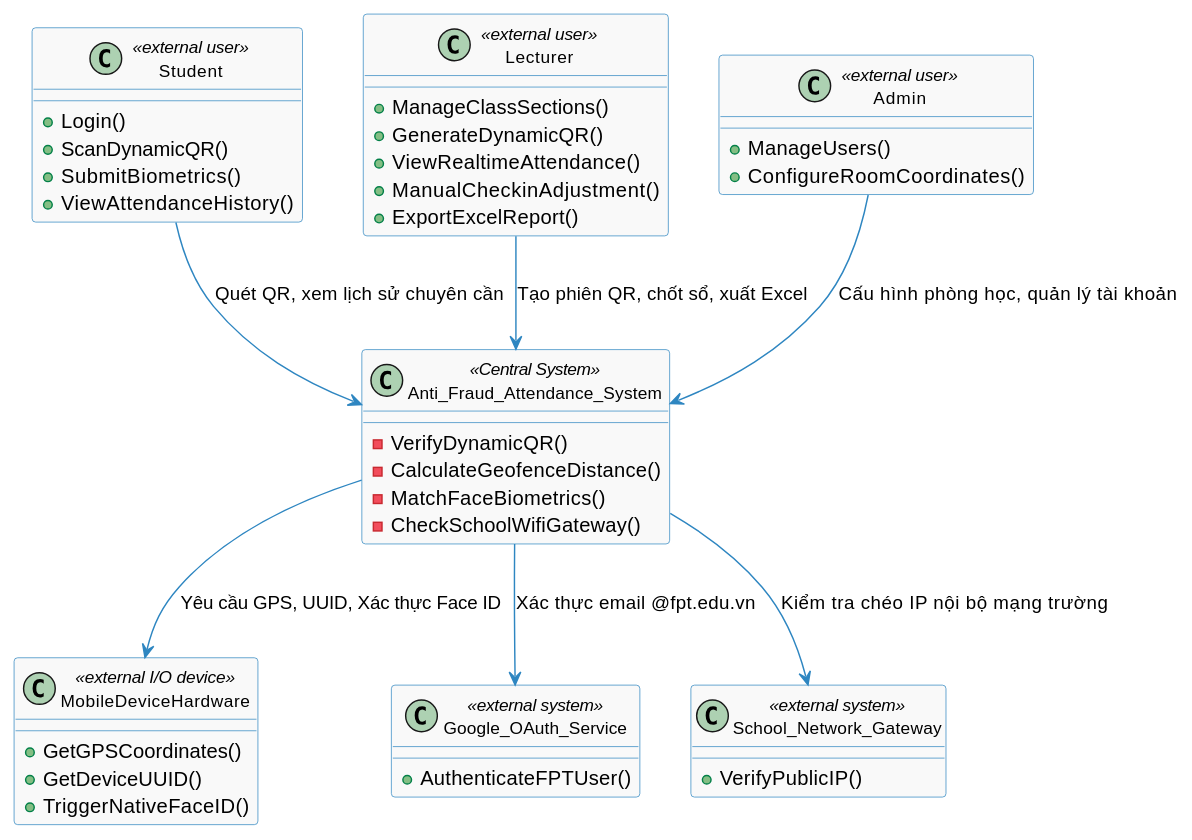
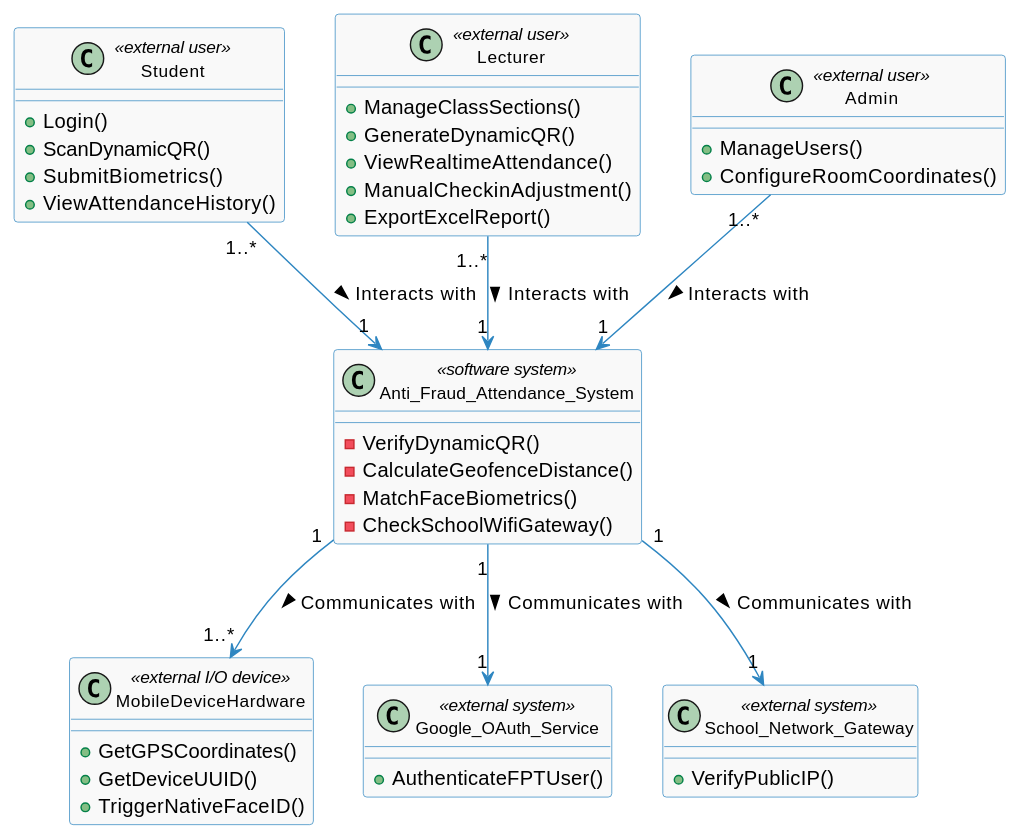
The first of 5 diagrams in MainDocs/AFAS_RDS_Document_Part1A_Requirement_Specification.md (nttung42/SWD392), drawn with PlantUML before and after one commit. The commit also changed 1 other file, not shown here.

Commit message:
edit context diagram

````diff
--- a/MainDocs/AFAS_RDS_Document_Part1A_Requirement_Specification.md
+++ b/MainDocs/AFAS_RDS_Document_Part1A_Requirement_Specification.md
@@ -202,57 +202,57 @@
 ```plantuml
 @startuml System_Context_Class_Diagram
 skinparam ClassBackgroundColor #F9F9F9
 skinparam ClassBorderColor #2E86C1
 skinparam ArrowColor #2E86C1
 skinparam ClassFontSize 12
 
-class Anti_Fraud_Attendance_System <<Central System>> {
+class Anti_Fraud_Attendance_System <<software system>> {
     -VerifyDynamicQR()
     -CalculateGeofenceDistance()
     -MatchFaceBiometrics()
     -CheckSchoolWifiGateway()
 }
 
 class Student <<external user>> {
     +Login()
     +ScanDynamicQR()
     +SubmitBiometrics()
     +ViewAttendanceHistory()
 }
 
 class Lecturer <<external user>> {
     +ManageClassSections()
     +GenerateDynamicQR()
     +ViewRealtimeAttendance()
     +ManualCheckinAdjustment()
     +ExportExcelReport()
 }
 
 class Admin <<external user>> {
     +ManageUsers()
     +ConfigureRoomCoordinates()
 }
 
 class MobileDeviceHardware <<external I/O device>> {
     +GetGPSCoordinates()
     +GetDeviceUUID()
     +TriggerNativeFaceID()
 }
 
 class Google_OAuth_Service <<external system>> {
     +AuthenticateFPTUser()
 }
 
 class School_Network_Gateway <<external system>> {
     +VerifyPublicIP()
 }
 
-Student --> Anti_Fraud_Attendance_System : Quét QR, xem lịch sử chuyên cần
-Lecturer --> Anti_Fraud_Attendance_System : Tạo phiên QR, chốt sổ, xuất Excel
-Admin --> Anti_Fraud_Attendance_System : Cấu hình phòng học, quản lý tài khoản
+Student "1..*" --> "1" Anti_Fraud_Attendance_System : Interacts with >
+Lecturer "1..*" --> "1" Anti_Fraud_Attendance_System : Interacts with >
+Admin "1..*" --> "1" Anti_Fraud_Attendance_System : Interacts with >
 
-Anti_Fraud_Attendance_System --> MobileDeviceHardware : Yêu cầu GPS, UUID, Xác thực Face ID
-Anti_Fraud_Attendance_System --> Google_OAuth_Service : Xác thực email @fpt.edu.vn
-Anti_Fraud_Attendance_System --> School_Network_Gateway : Kiểm tra chéo IP nội bộ mạng trường
+Anti_Fraud_Attendance_System "1" --> "1..*" MobileDeviceHardware : Communicates with >
+Anti_Fraud_Attendance_System "1" --> "1" Google_OAuth_Service : Communicates with >
+Anti_Fraud_Attendance_System "1" --> "1" School_Network_Gateway : Communicates with >
 @enduml
 ```
````
